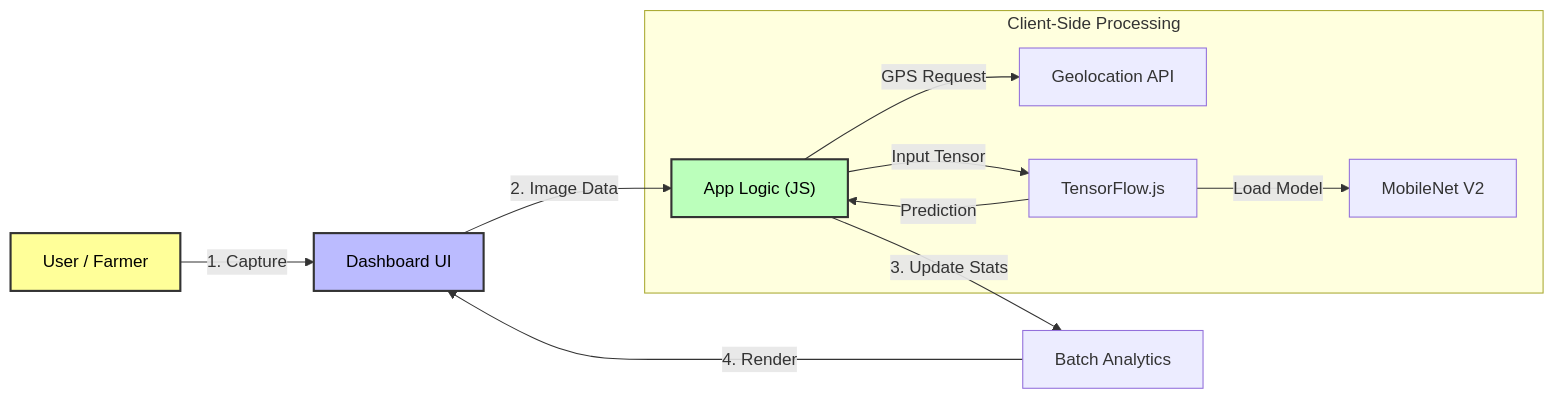
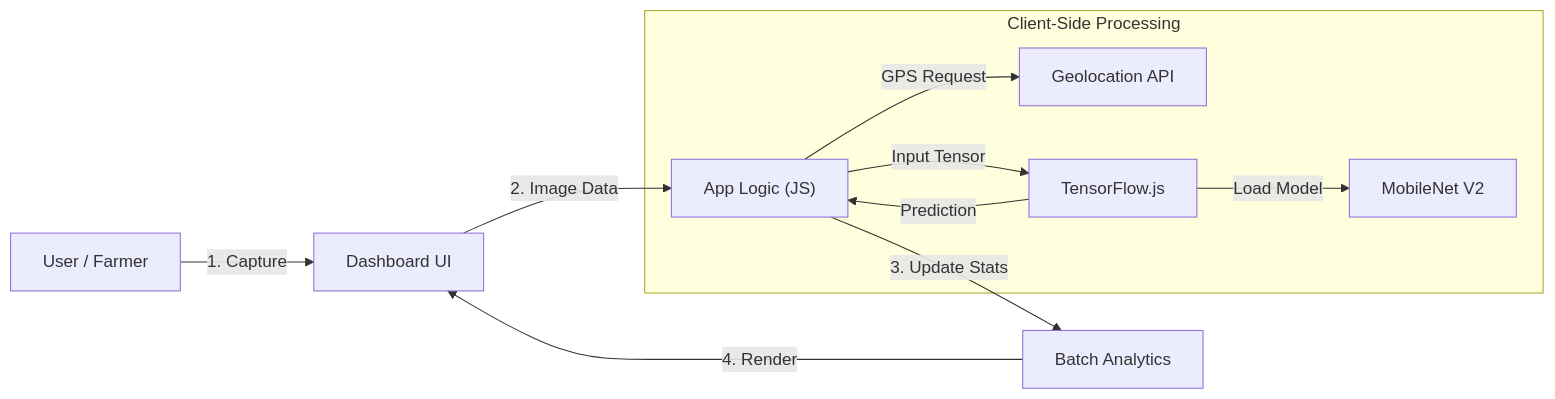
The diagram in ARCHITECTURE.md (GPaul02/Grade-O-Meter), drawn with Mermaid before and after one commit.

````diff
--- a/ARCHITECTURE.md
+++ b/ARCHITECTURE.md
@@ -10,19 +10,15 @@
 ```mermaid
 graph LR
     User["User / Farmer"] -->|1. Capture| UI["Dashboard UI"]
     UI -->|2. Image Data| Logic["App Logic (JS)"]
     
     subgraph "Client-Side Processing"
         Logic -->|GPS Request| Geo["Geolocation API"]
         Logic -->|Input Tensor| TF["TensorFlow.js"]
         TF -->|Load Model| Model["MobileNet V2"]
         TF -->|Prediction| Logic
     end
     
     Logic -->|3. Update Stats| Batch["Batch Analytics"]
     Batch -->|4. Render| UI
-    
-    style User fill:#ff9,stroke:#333,stroke-width:2px,color:black
-    style UI fill:#bbf,stroke:#333,stroke-width:2px,color:black
-    style Logic fill:#bfb,stroke:#333,stroke-width:2px,color:black
 ```
````
